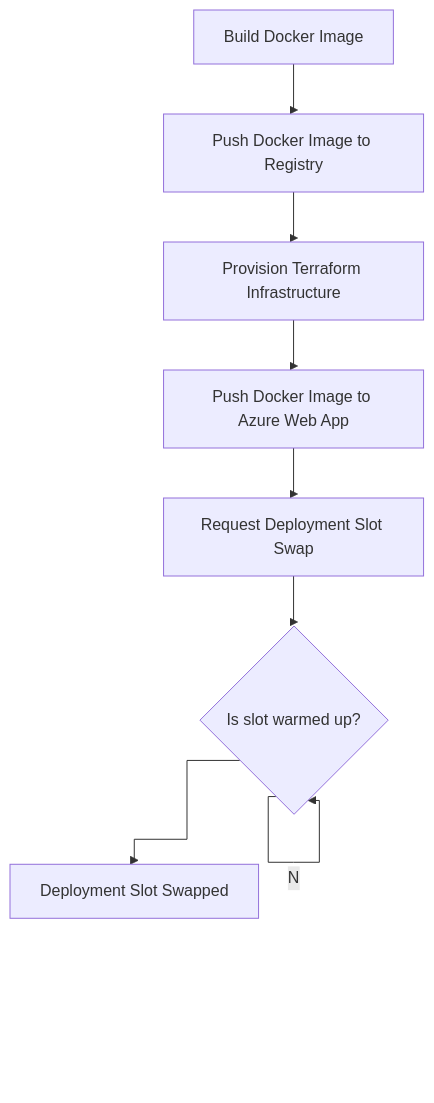
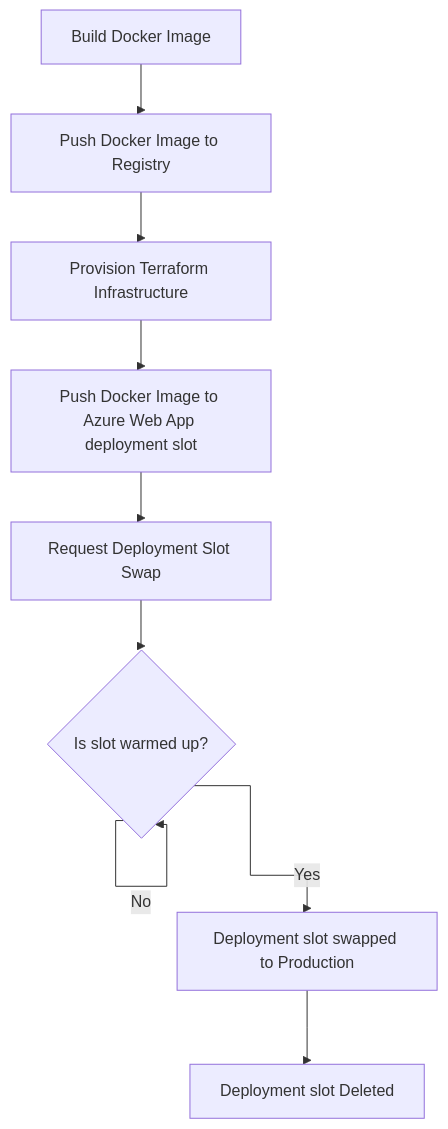
One commit to DFE-Digital/care-leavers changed the first of 3 diagrams in docs/architecture/Deployment-Architecture.md. Above: the diagram before and after it, drawn with Mermaid. The commit also changed other lines of this file and 1 other file, not shown here.

Commit message:
Updated deployment architecture and project setup docs

````diff
--- a/docs/architecture/Deployment-Architecture.md
+++ b/docs/architecture/Deployment-Architecture.md
@@ -20,13 +26,14 @@
 ```mermaid
 %%{ init: { 'flowchart': { 'curve': 'step' } } }%%
 flowchart TD
     accDescr: Deployment process flow
     
     A["Build Docker Image"]-->B["Push Docker Image to Registry"]
     B-->C["Provision Terraform Infrastructure"]
-    C-->D["Push Docker Image to Azure Web App"]
+    C-->D["Push Docker Image to Azure Web App deployment slot"]
     D-->E["Request Deployment Slot Swap"]
     E-->F{Is slot warmed up?}
-    F--No-->F
-    F-->H["Deployment Slot Swapped"]
+    F--"No"-->F
+    F--Yes-->G["Deployment slot swapped to Production"]
+    G-->H["Deployment slot Deleted"]
 ```
````
